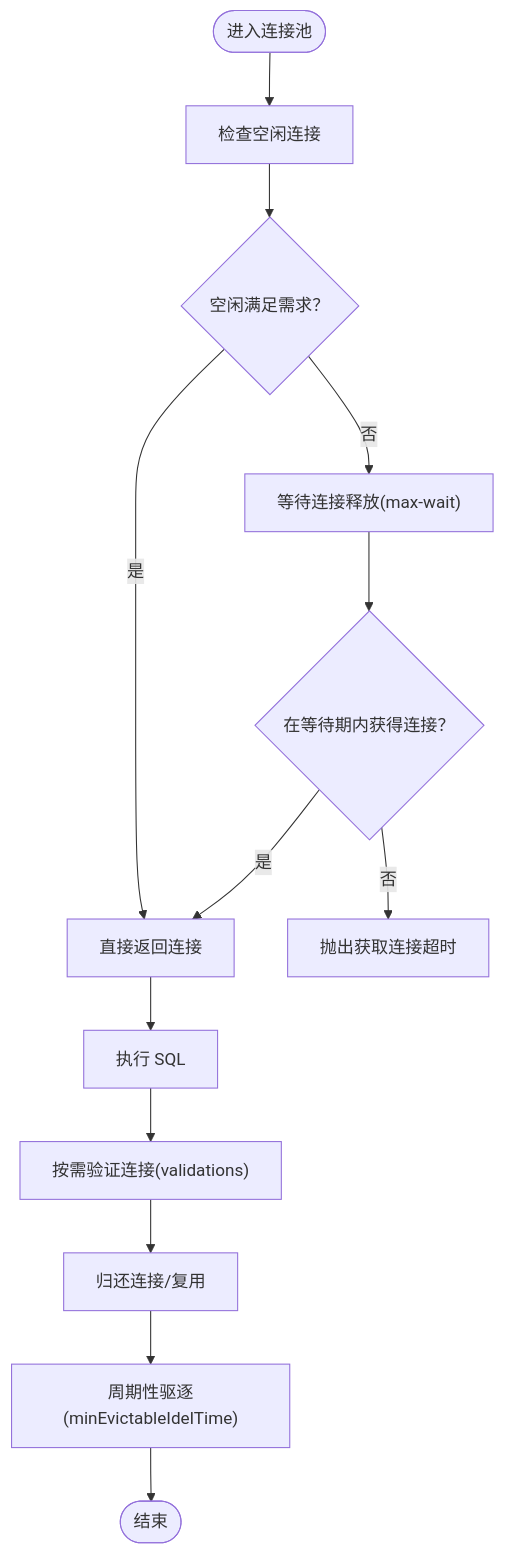
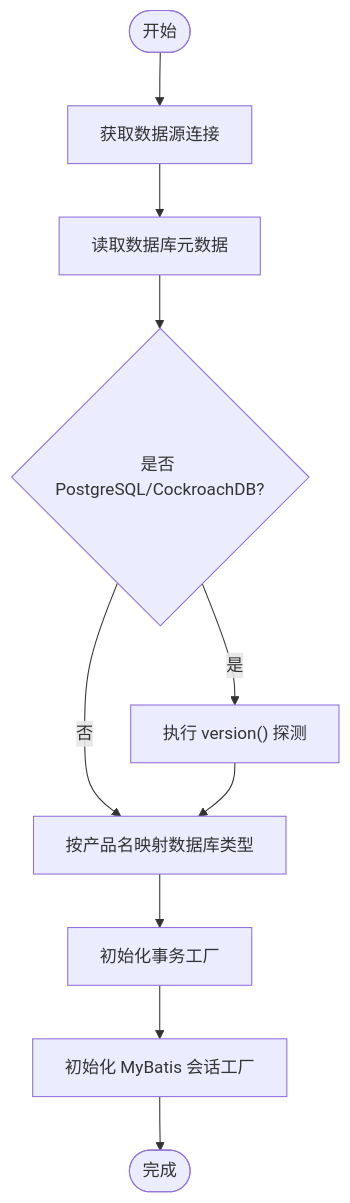
Before and after one commit to xiaoche80s-tech/rouyi-vue-pro: the third of 6 diagrams in .qoder/repowiki/zh/content/故障排查/数据库问题排查.md, drawn with Mermaid. The commit also changed other lines of this file and 840 other files, not shown here.

````diff
--- a/.qoder/repowiki/zh/content/故障排查/数据库问题排查.md
+++ b/.qoder/repowiki/zh/content/故障排查/数据库问题排查.md
@@ -133,15 +116,12 @@
 ```mermaid
 flowchart TD
-Start(["进入连接池"]) --> CheckIdle["检查空闲连接"]
-CheckIdle --> IdleOK{"空闲满足需求？"}
-IdleOK --> |是| ReturnConn["直接返回连接"]
-IdleOK --> |否| Wait["等待连接释放(max-wait)"]
-Wait --> Got{"在等待期内获得连接？"}
-Got --> |是| ReturnConn
-Got --> |否| ThrowTimeout["抛出获取连接超时"]
-ReturnConn --> Use["执行 SQL"]
-Use --> Validate["按需验证连接(validations)"]
-Validate --> CloseOrReuse["归还连接/复用"]
-CloseOrReuse --> Evict["周期性驱逐(minEvictableIdelTime)"]
-Evict --> End(["结束"])
+Start(["开始"]) --> GetConn["获取数据源连接"]
+GetConn --> Meta["读取数据库元数据"]
+Meta --> Detect{"是否 PostgreSQL/CockroachDB?"}
+Detect --> |是| Version["执行 version() 探测"]
+Detect --> |否| Map["按产品名映射数据库类型"]
+Version --> Map
+Map --> InitTx["初始化事务工厂"]
+InitTx --> InitMyBatis["初始化 MyBatis 会话工厂"]
+InitMyBatis --> Done(["完成"])
 ```
````
